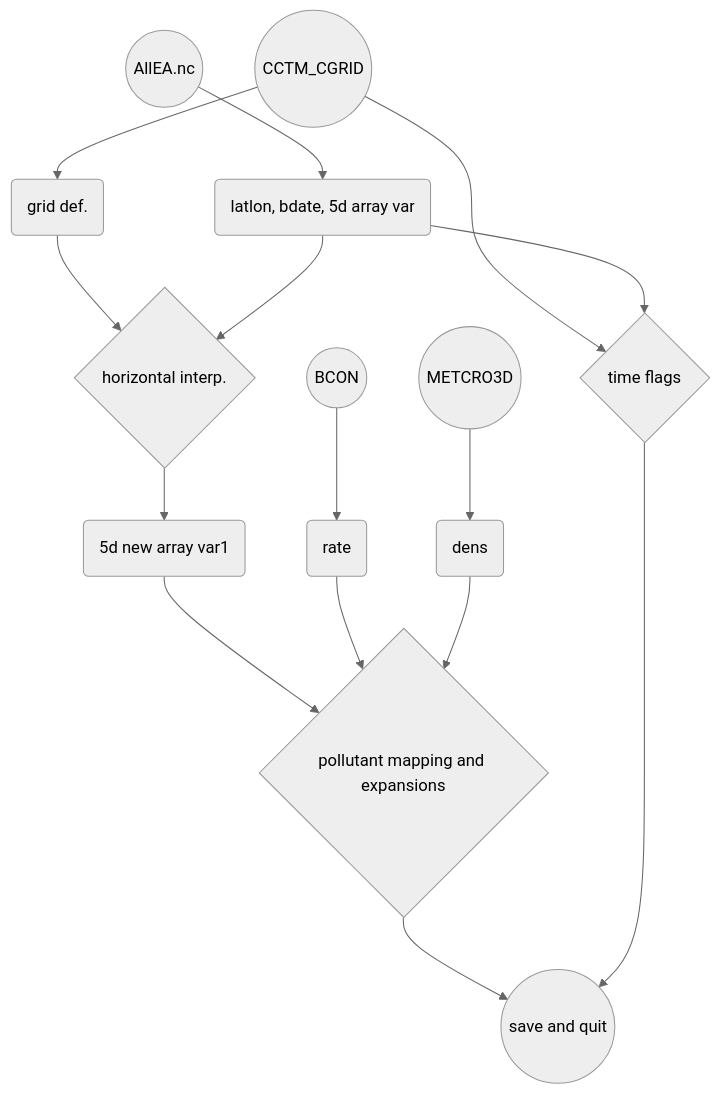
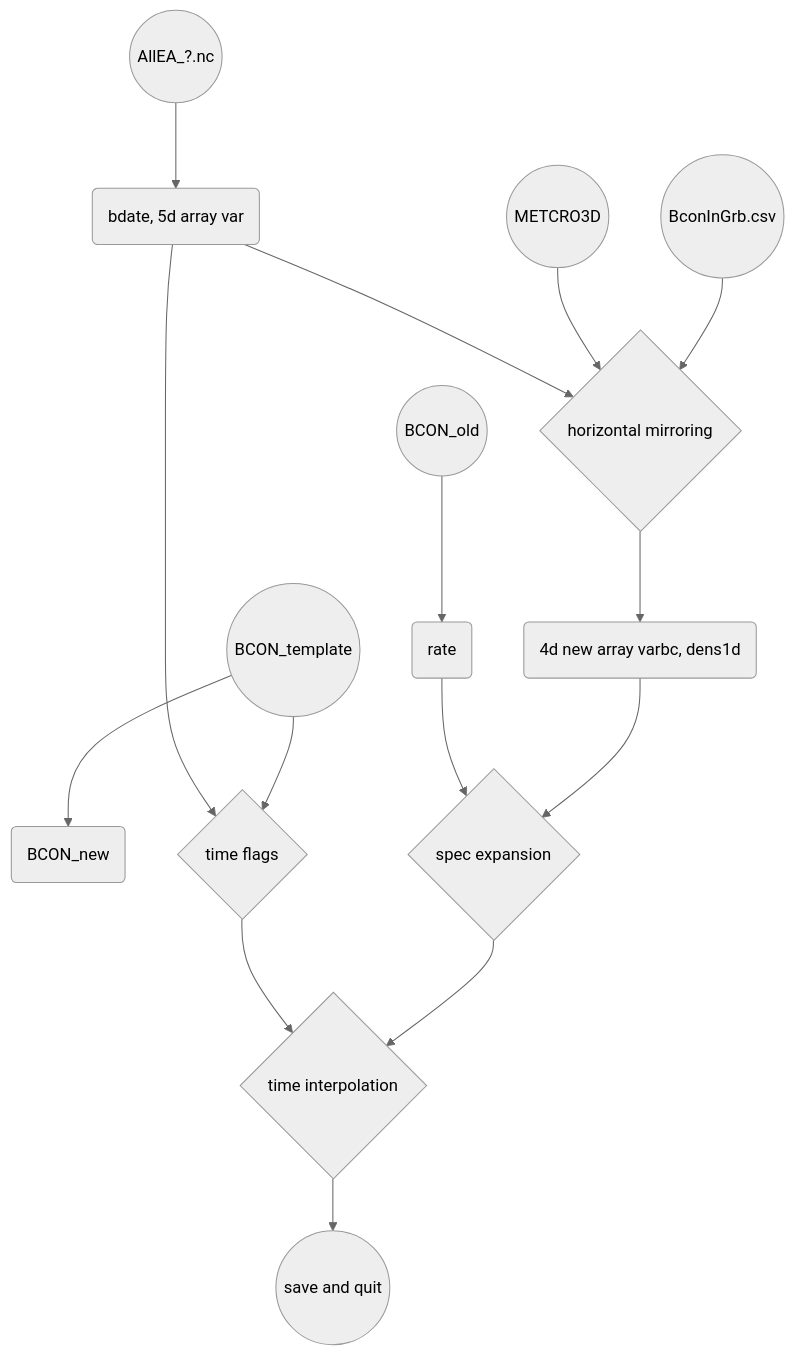
Before and after one commit to sinotec2/FAQ: the diagram in _posts/2022-08-16-CAMS_bc.md, drawn with Mermaid (neutral theme). The commit also changed other lines of this file, not shown here.

````diff
--- a/_posts/2022-08-16-CAMS_bc.md
+++ b/_posts/2022-08-16-CAMS_bc.md
@@ -133,17 +111,17 @@
 ```mermaid
 graph TD
-    A((AllEA.nc)) --> B(latlon, bdate, 5d array var)
-    C((BCON)) --> D(rate)
-    E((METCRO3D)) --> F(dens)
-    G((CCTM_CGRID)) --> H(grid def.)
+    A((AllEA_?.nc)) --> B(bdate, 5d array var)
+    C((BCON_old)) --> D(rate)
+    G((BCON_template)) --> H(BCON_new)
+    J((BconInGrb.csv)) --> K{horizontal mirroring}
+    E((METCRO3D)) --> K
     G --> I{time flags}
     B --> I
-    H --> J{horizontal interp.}
-    B --> J
-    J --> K(5d new array var1)
-    K --> L{pollutant mapping and expansions}
-    D --> L
-    F --> L
-    L --> M((save and quit))
-    I --> M 
+    B --> K
+    K --> L(4d new array varbc, dens1d)
+    L --> M{spec expansion}
+    D --> M
+    M --> O{time interpolation}
+    I --> O
+    O --> P((save and quit))
 ```
````
